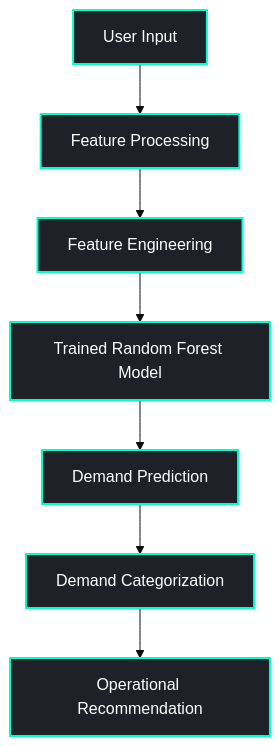
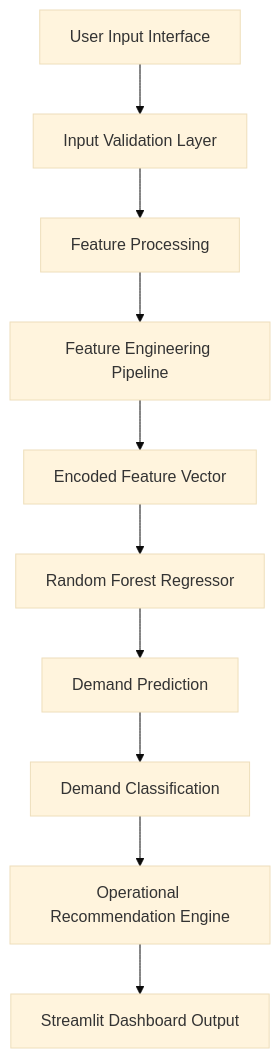
One commit to somiya-namdeo/EV-Demand-Forecasting changed the diagram in README.md. Above: the diagram before and after it, drawn with Mermaid (base theme). The commit also changed other lines of this file, not shown here.

````diff
--- a/README.md
+++ b/README.md
@@ -95,17 +105,24 @@
 ```mermaid
-graph TD
-    A[User Input] --> B[Feature Processing]
-    B --> C[Feature Engineering]
-    C --> D[Trained Random Forest Model]
-    D --> E[Demand Prediction]
-    E --> F[Demand Categorization]
-    F --> G[Operational Recommendation]
-    
-    style A fill:#1e2127,stroke:#00ffcc,stroke-width:2px,color:#fff
-    style B fill:#1e2127,stroke:#00ffcc,stroke-width:2px,color:#fff
-    style C fill:#1e2127,stroke:#00ffcc,stroke-width:2px,color:#fff
-    style D fill:#1e2127,stroke:#00ffcc,stroke-width:2px,color:#fff
-    style E fill:#1e2127,stroke:#00ffcc,stroke-width:2px,color:#fff
-    style F fill:#1e2127,stroke:#00ffcc,stroke-width:2px,color:#fff
-    style G fill:#1e2127,stroke:#00ffcc,stroke-width:2px,color:#fff
+flowchart TD
+
+A[User Input Interface]
+B[Input Validation Layer]
+C[Feature Processing]
+D[Feature Engineering Pipeline]
+E[Encoded Feature Vector]
+F[Random Forest Regressor]
+G[Demand Prediction]
+H[Demand Classification]
+I[Operational Recommendation Engine]
+J[Streamlit Dashboard Output]
+
+A --> B
+B --> C
+C --> D
+D --> E
+E --> F
+F --> G
+G --> H
+H --> I
+I --> J
 ```
````
